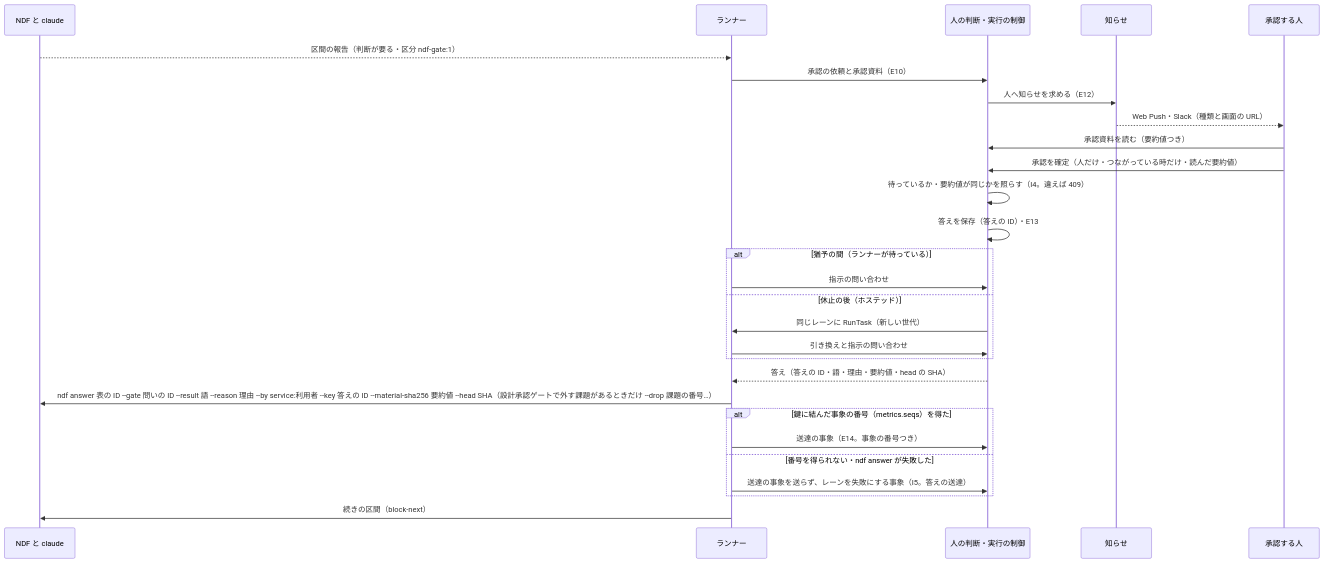
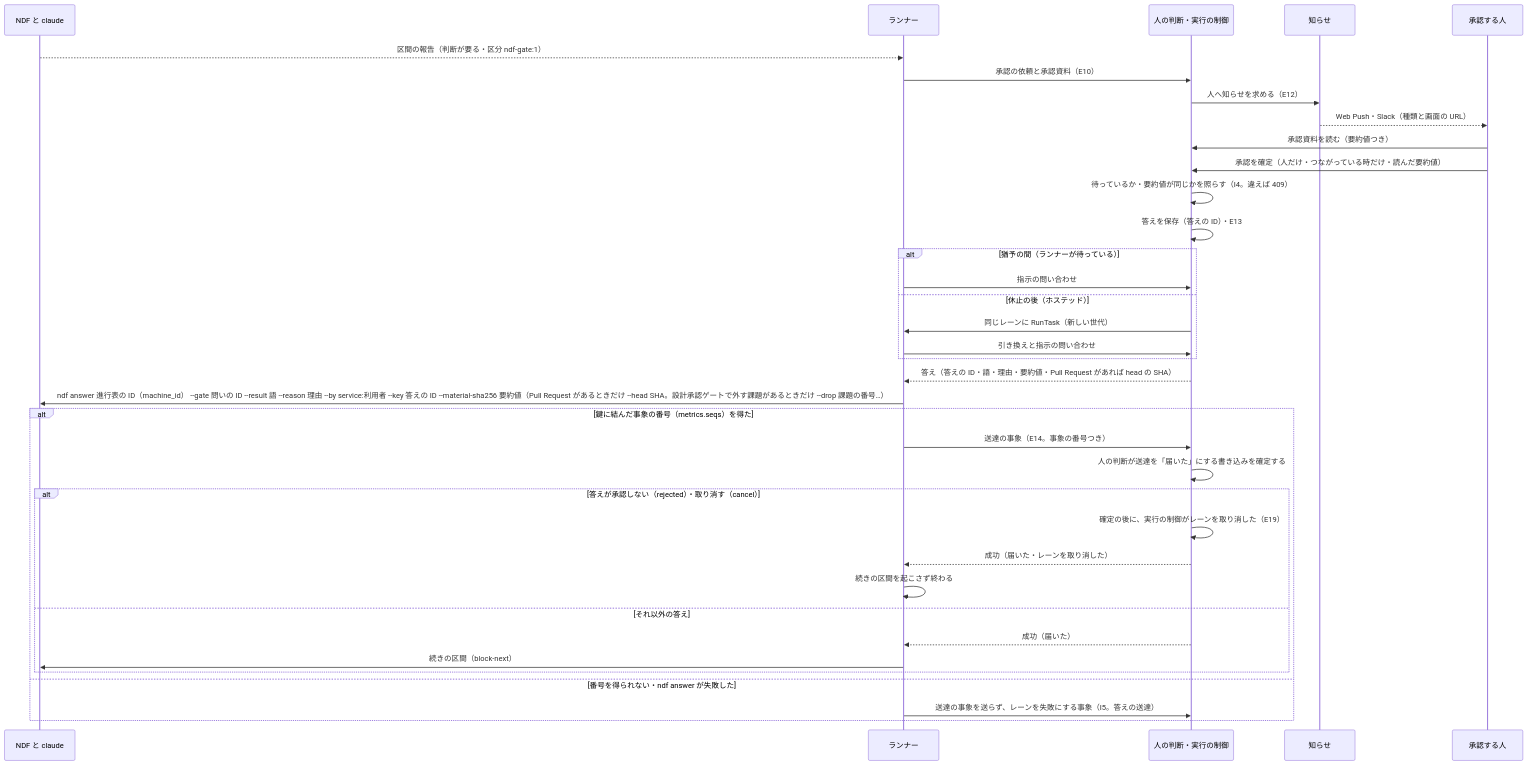
The seventh of 10 diagrams in docs/design/execution.md (devbasex/nd-factory), drawn with Mermaid before and after one commit. The commit also changed other lines of this file and 5 other files, not shown here.

````diff
--- a/docs/design/execution.md
+++ b/docs/design/execution.md
@@ -415,30 +434,38 @@
 ```mermaid
 sequenceDiagram
     participant N as NDF と claude
     participant R as ランナー
     participant API as 人の判断・実行の制御
     participant K as 知らせ
     participant 人 as 承認する人
     N-->>R: 区間の報告（判断が要る・区分 ndf-gate:1）
     R->>API: 承認の依頼と承認資料（E10）
     API->>K: 人へ知らせを求める（E12）
     K-->>人: Web Push・Slack（種類と画面の URL）
     人->>API: 承認資料を読む（要約値つき）
     人->>API: 承認を確定（人だけ・つながっている時だけ・読んだ要約値）
     API->>API: 待っているか・要約値が同じかを照らす（I4。違えば 409）
     API->>API: 答えを保存（答えの ID）・E13
     alt 猶予の間（ランナーが待っている）
         R->>API: 指示の問い合わせ
     else 休止の後（ホステッド）
         API->>R: 同じレーンに RunTask（新しい世代）
         R->>API: 引き換えと指示の問い合わせ
     end
-    API-->>R: 答え（答えの ID・語・理由・要約値・head の SHA）
-    R->>N: ndf answer 表の ID --gate 問いの ID --result 語 --reason 理由 --by service:利用者 --key 答えの ID --material-sha256 要約値 --head SHA（設計承認ゲートで外す課題があるときだけ --drop 課題の番号…）
+    API-->>R: 答え（答えの ID・語・理由・要約値・Pull Request があれば head の SHA）
+    R->>N: ndf answer 進行表の ID（machine_id） --gate 問いの ID --result 語 --reason 理由 --by service:利用者 --key 答えの ID --material-sha256 要約値（Pull Request があるときだけ --head SHA。設計承認ゲートで外す課題があるときだけ --drop 課題の番号…）
     alt 鍵に結んだ事象の番号（metrics.seqs）を得た
         R->>API: 送達の事象（E14。事象の番号つき）
+        API->>API: 人の判断が送達を「届いた」にする書き込みを確定する
+        alt 答えが承認しない（rejected）・取り消す（cancel）
+            API->>API: 確定の後に、実行の制御がレーンを取り消した（E19）
+            API-->>R: 成功（届いた・レーンを取り消した）
+            R->>R: 続きの区間を起こさず終わる
+        else それ以外の答え
+            API-->>R: 成功（届いた）
+            R->>N: 続きの区間（block-next）
+        end
     else 番号を得られない・ndf answer が失敗した
         R->>API: 送達の事象を送らず、レーンを失敗にする事象（I5。答えの送達）
     end
-    R->>N: 続きの区間（block-next）
 ```
````
